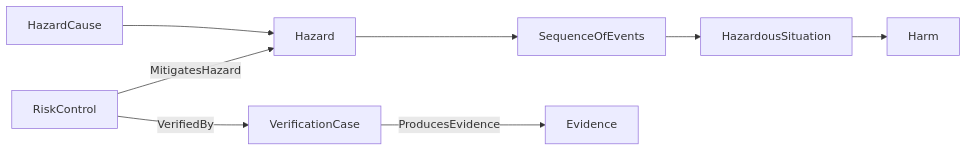
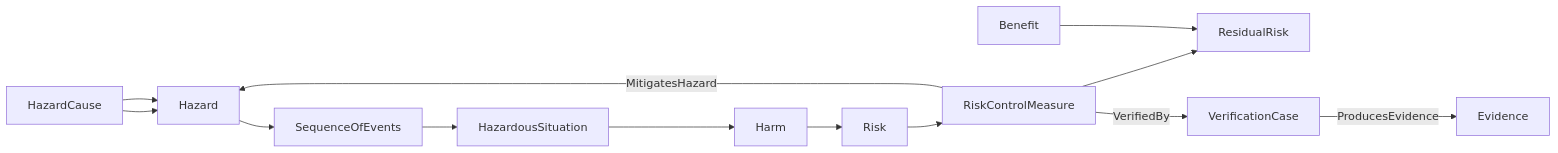
The diagram in docs/src/developers/config/medical-domain.md (memoarchitect/memo-architect), drawn with Mermaid before and after one commit. The commit also changed other lines of this file and 18 other files, not shown here.

Commit message:
feat: align architect with ISO 14971 ontology

````diff
--- a/docs/src/developers/config/medical-domain.md
+++ b/docs/src/developers/config/medical-domain.md
@@ -55,10 +55,15 @@
 ```mermaid
 flowchart LR
     Cause[HazardCause] --> Hazard[Hazard]
+    Cause[HazardCause] --> Hazard
     Hazard --> Sequence[SequenceOfEvents]
     Sequence --> Situation[HazardousSituation]
     Situation --> Harm[Harm]
-    Control[RiskControl] -->|MitigatesHazard| Hazard
+    Harm --> Risk[Risk]
+    Control[RiskControlMeasure] -->|MitigatesHazard| Hazard
+    Risk --> Control
+    Control --> Residual[ResidualRisk]
+    Benefit[Benefit] --> Residual
     Control -->|VerifiedBy| Test[VerificationCase]
     Test -->|ProducesEvidence| Evidence[Evidence]
 ```
````
